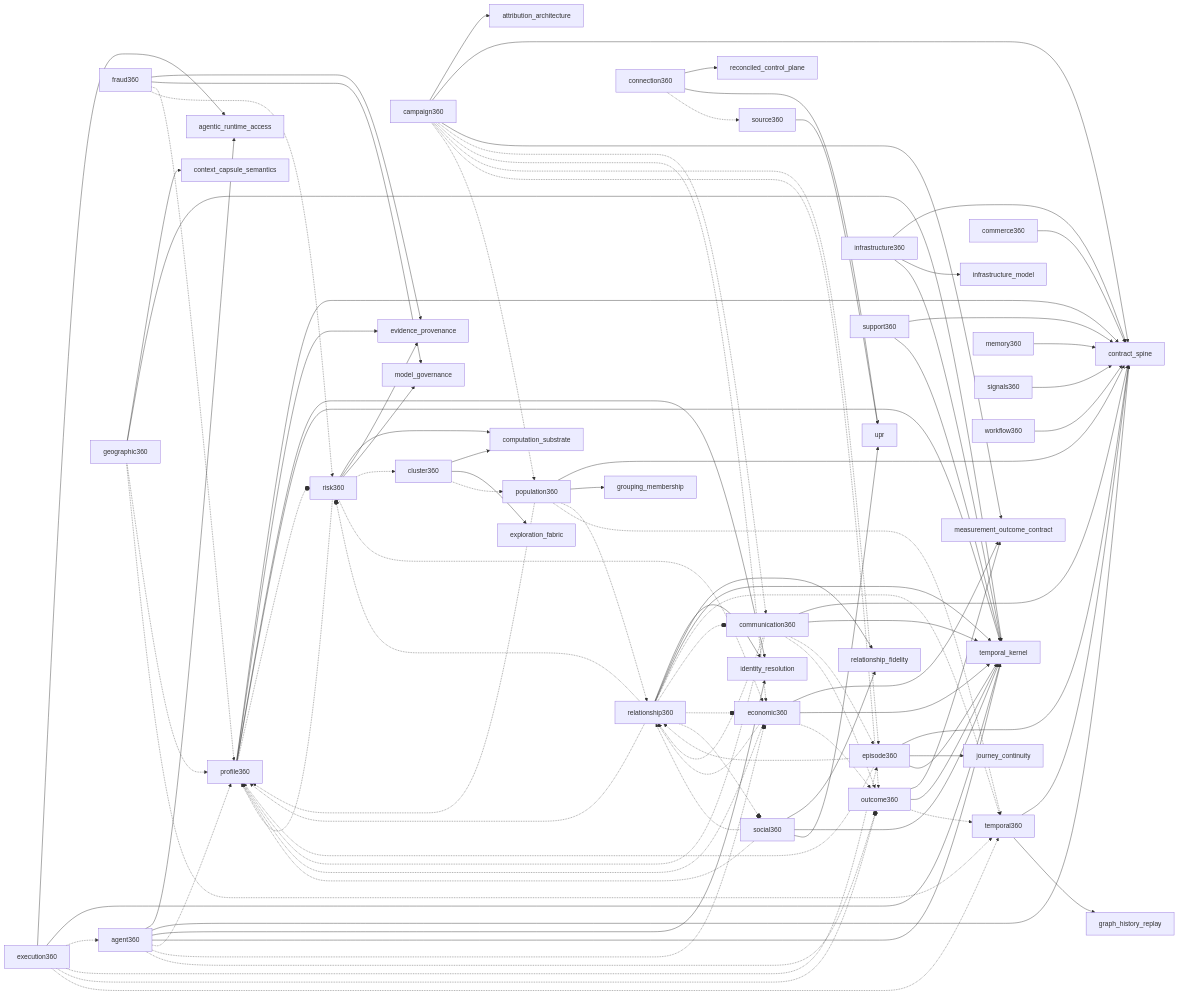
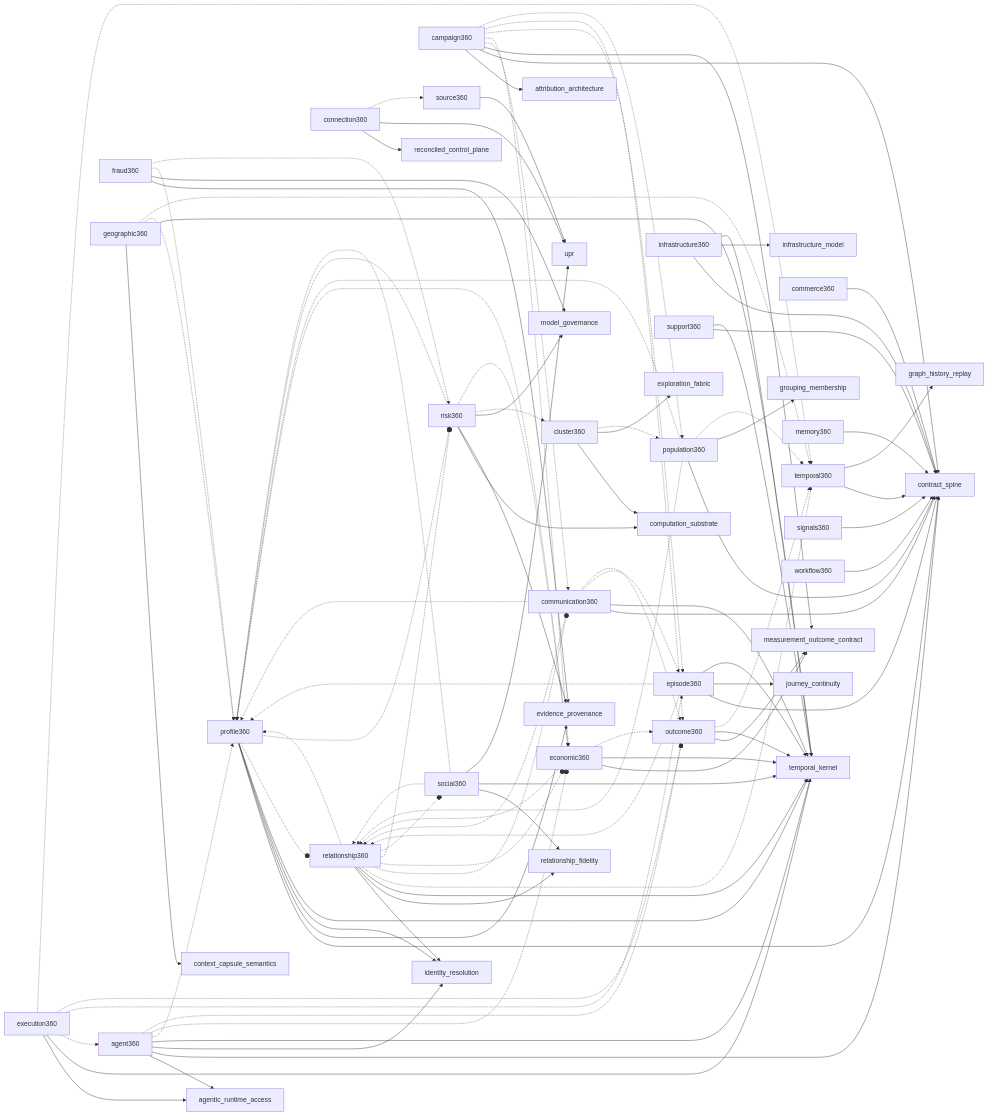
One commit to DammnThatsCrazy/AETHER changed the diagram in docs/_generated/intelligence-projection-dependency-graph.md. Above: the diagram before and after it, drawn with Mermaid. The commit also changed 116 other files, not shown here.

```diff
--- a/docs/_generated/intelligence-projection-dependency-graph.md
+++ b/docs/_generated/intelligence-projection-dependency-graph.md
@@ -79,6 +79,7 @@
   profile360 --> evidence_provenance
   profile360 --> identity_resolution
   profile360 --> temporal_kernel
+  profile360 -.-o relationship360
   profile360 -.-o risk360
   relationship360 --> identity_resolution
   relationship360 --> relationship_fidelity
```
